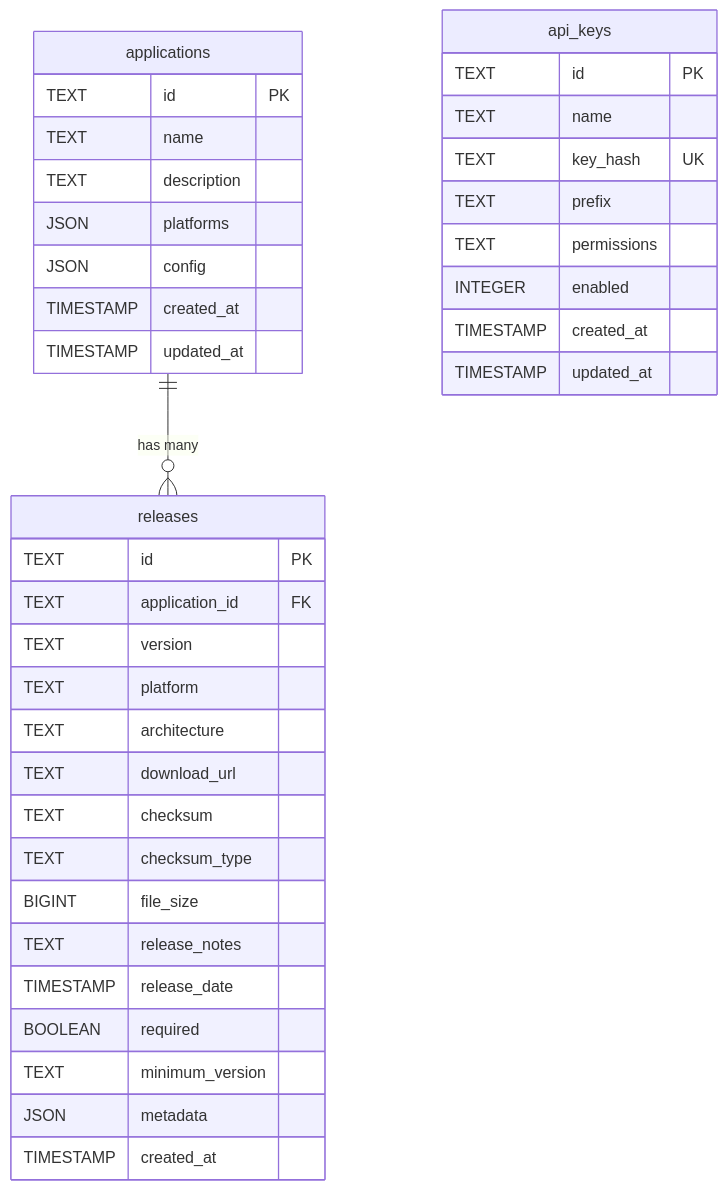
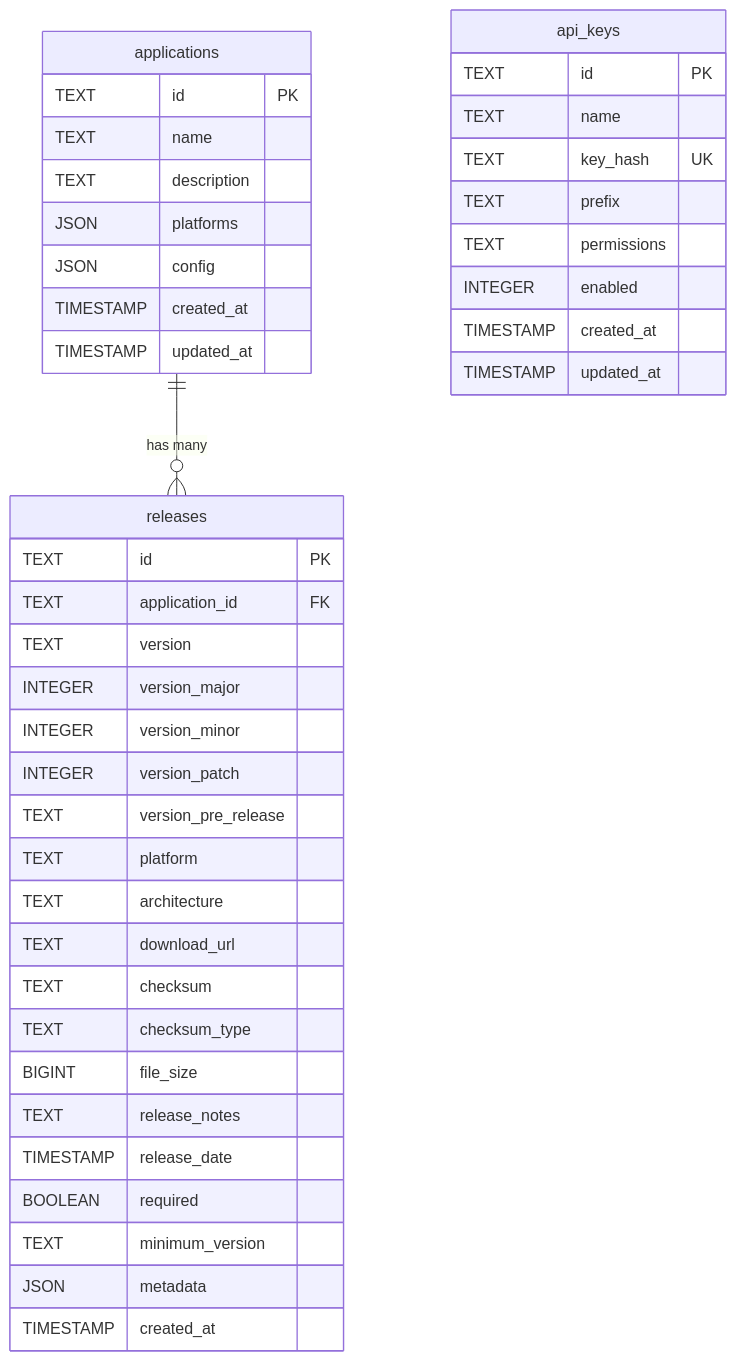
Before and after one commit to griffinskudder/updater: the third of 3 diagrams in docs/storage.md, drawn with Mermaid. The commit also changed other lines of this file and 29 other files, not shown here.

````diff
--- a/docs/storage.md
+++ b/docs/storage.md
@@ -117,40 +192,44 @@
 ```mermaid
 erDiagram
     applications {
         TEXT id PK
         TEXT name
         TEXT description
         JSON platforms
         JSON config
         TIMESTAMP created_at
         TIMESTAMP updated_at
     }
     releases {
         TEXT id PK
         TEXT application_id FK
         TEXT version
+        INTEGER version_major
+        INTEGER version_minor
+        INTEGER version_patch
+        TEXT version_pre_release
         TEXT platform
         TEXT architecture
         TEXT download_url
         TEXT checksum
         TEXT checksum_type
         BIGINT file_size
         TEXT release_notes
         TIMESTAMP release_date
         BOOLEAN required
         TEXT minimum_version
         JSON metadata
         TIMESTAMP created_at
     }
     api_keys {
         TEXT id PK
         TEXT name
         TEXT key_hash UK
         TEXT prefix
         TEXT permissions
         INTEGER enabled
         TIMESTAMP created_at
         TIMESTAMP updated_at
     }
     applications ||--o{ releases : "has many"
 ```
````
